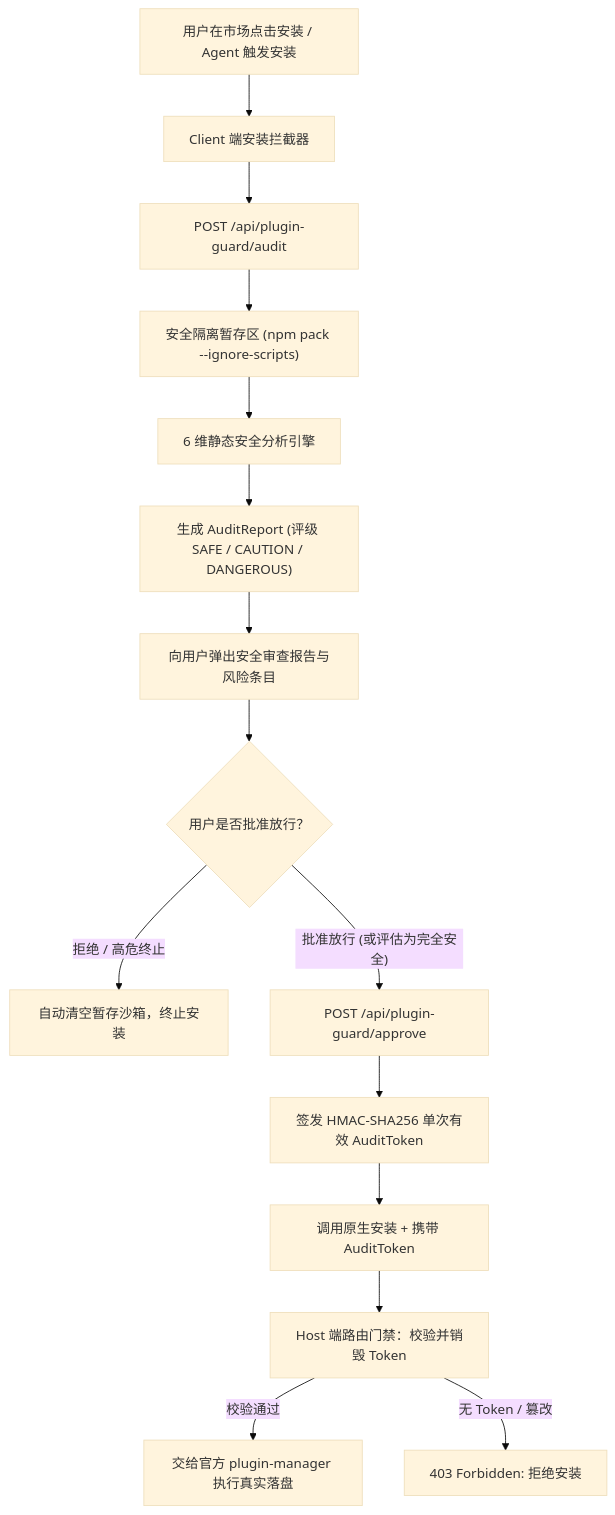
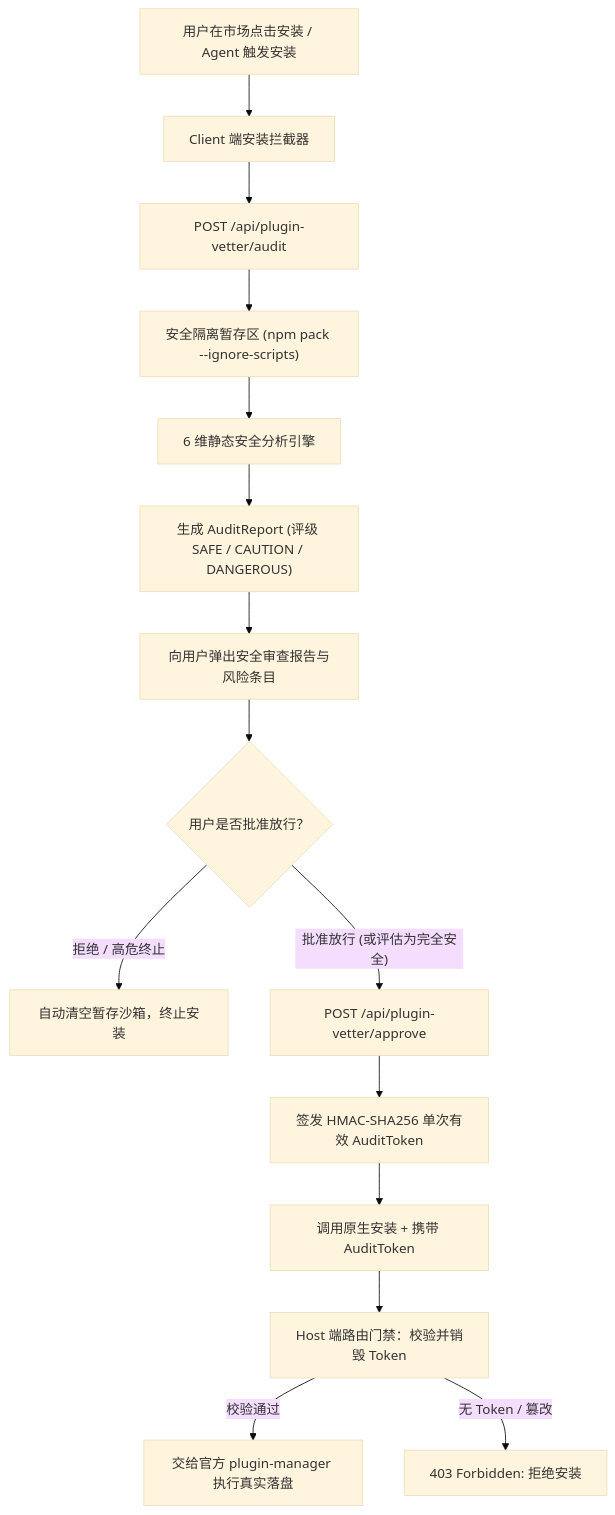
One commit to Ronnoc/dsh-plugin-guard changed the diagram in README.zh.md. Above: the diagram before and after it, drawn with Mermaid (base theme). The commit also changed other lines of this file and 27 other files, not shown here.

Commit message:
refactor: rename project from dsh-plugin-guard to dsh-plugin-vetter

````diff
--- a/README.zh.md
+++ b/README.zh.md
@@ -55,17 +55,17 @@
 ```mermaid
 flowchart TD
     User["用户在市场点击安装 / Agent 触发安装"] --> Intercept["Client 端安装拦截器"]
-    Intercept --> RequestAudit["POST /api/plugin-guard/audit"]
+    Intercept --> RequestAudit["POST /api/plugin-vetter/audit"]
     RequestAudit --> Staging["安全隔离暂存区 (npm pack --ignore-scripts)"]
     Staging --> Scan["6 维静态安全分析引擎"]
     Scan --> Report["生成 AuditReport (评级 SAFE / CAUTION / DANGEROUS)"]
     Report --> Modal["向用户弹出安全审查报告与风险条目"]
     Modal --> Choice{"用户是否批准放行？"}
     Choice -- "拒绝 / 高危终止" --> Abort["自动清空暂存沙箱，终止安装"]
-    Choice -- "批准放行 (或评估为完全安全)" --> TokenReq["POST /api/plugin-guard/approve"]
+    Choice -- "批准放行 (或评估为完全安全)" --> TokenReq["POST /api/plugin-vetter/approve"]
     TokenReq --> IssueToken["签发 HMAC-SHA256 单次有效 AuditToken"]
     IssueToken --> RealInstall["调用原生安装 + 携带 AuditToken"]
     RealInstall --> HostGate["Host 端路由门禁：校验并销毁 Token"]
     HostGate -- 校验通过 --> NativeInstall["交给官方 plugin-manager 执行真实落盘"]
     HostGate -- 无 Token / 篡改 --> Reject["403 Forbidden: 拒绝安装"]
 ```
````
